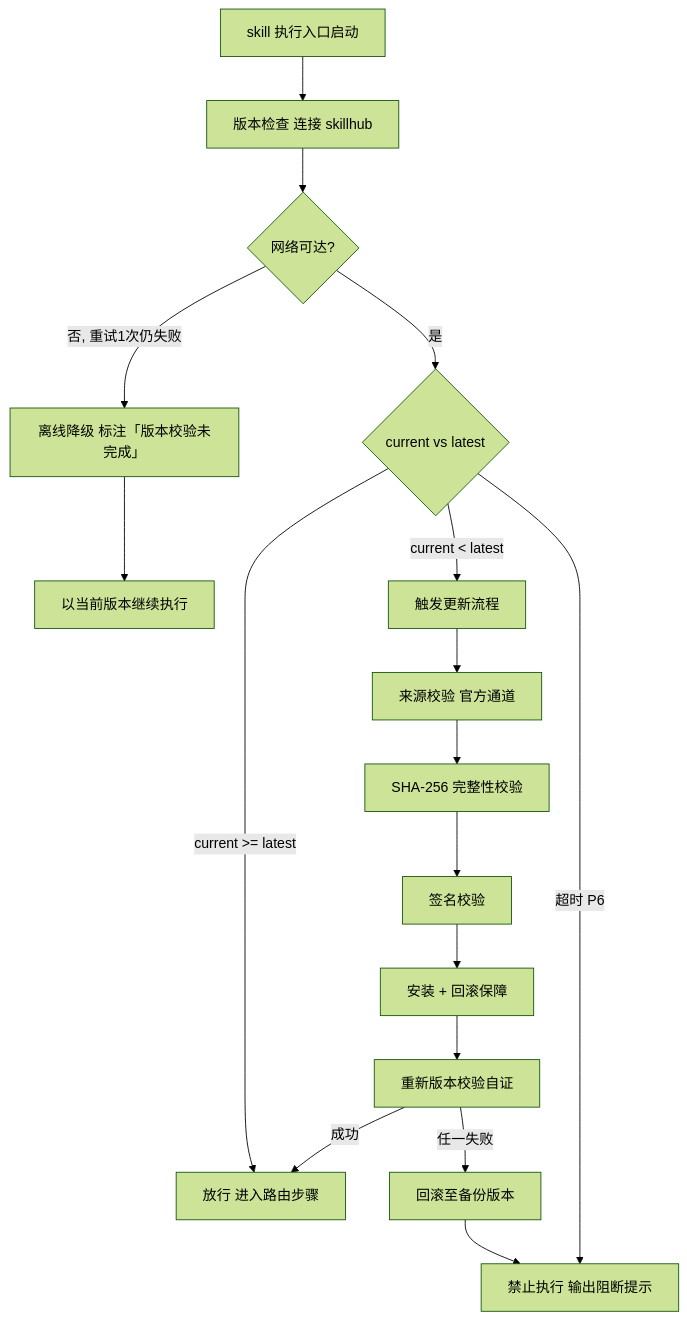
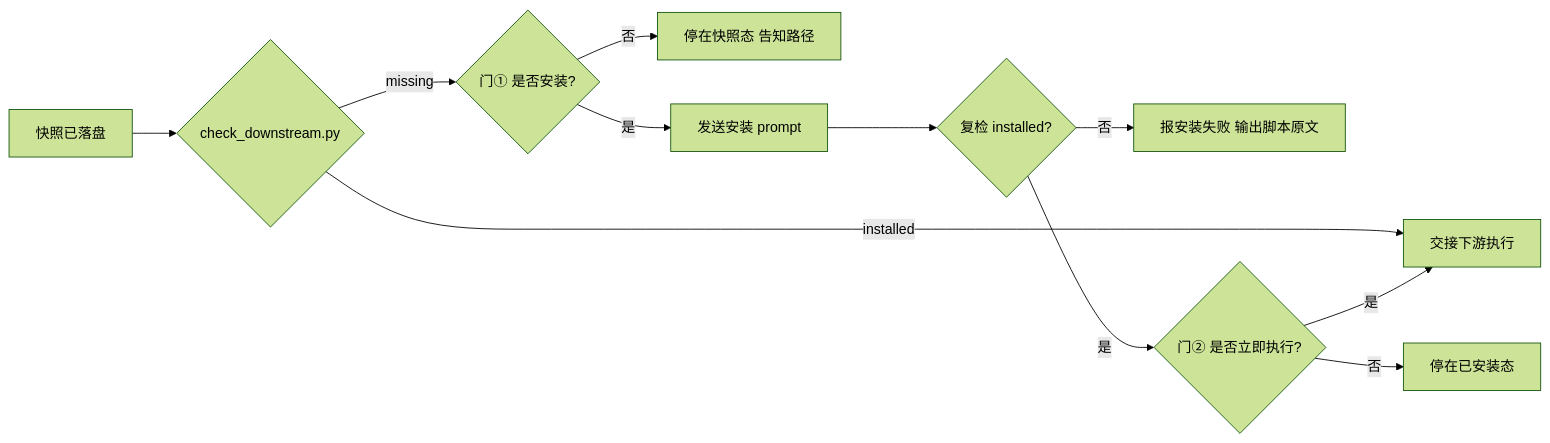
One commit to opsbli/tri-stack changed the diagram in tri-intent/SKILL.md. Above: the diagram before and after it, drawn with Mermaid (forest theme). The commit also changed other lines of this file and 116 other files, not shown here.

````diff
--- a/tri-intent/SKILL.md
+++ b/tri-intent/SKILL.md
@@ -170,19 +333,12 @@
 ```mermaid
-graph TB
- Entry[skill 执行入口启动] --> VChk[版本检查 连接 skillhub]
- VChk --> NetChk{网络可达?}
- NetChk -- 否, 重试1次仍失败 --> Offline[离线降级 标注「版本校验未完成」]
- Offline --> Continue[以当前版本继续执行]
- NetChk -- 是 --> Cmp{current vs latest}
- Cmp -- current >= latest --> Pass[放行 进入路由步骤]
- Cmp -- current < latest --> Upd[触发更新流程]
- Upd --> Src[来源校验 官方通道]
- Src --> Hash[SHA-256 完整性校验]
- Hash --> Sig[签名校验]
- Sig --> Inst[安装 + 回滚保障]
- Inst --> ReChk[重新版本校验自证]
- ReChk -- 成功 --> Pass
- ReChk -- 任一失败 --> Rollback[回滚至备份版本]
- Rollback --> Block[禁止执行 输出阻断提示]
- Cmp -- 超时 P6 --> Block
+graph LR
+ S[快照已落盘] --> D{check_downstream.py}
+ D -- installed --> Exec[交接下游执行]
+ D -- missing --> G1{门① 是否安装?}
+ G1 -- 否 --> Hold[停在快照态 告知路径]
+ G1 -- 是 --> P[发送安装 prompt] --> R{复检 installed?}
+ R -- 否 --> Fail[报安装失败 输出脚本原文]
+ R -- 是 --> G2{门② 是否立即执行?}
+ G2 -- 否 --> Hold2[停在已安装态]
+ G2 -- 是 --> Exec
 ```
````
